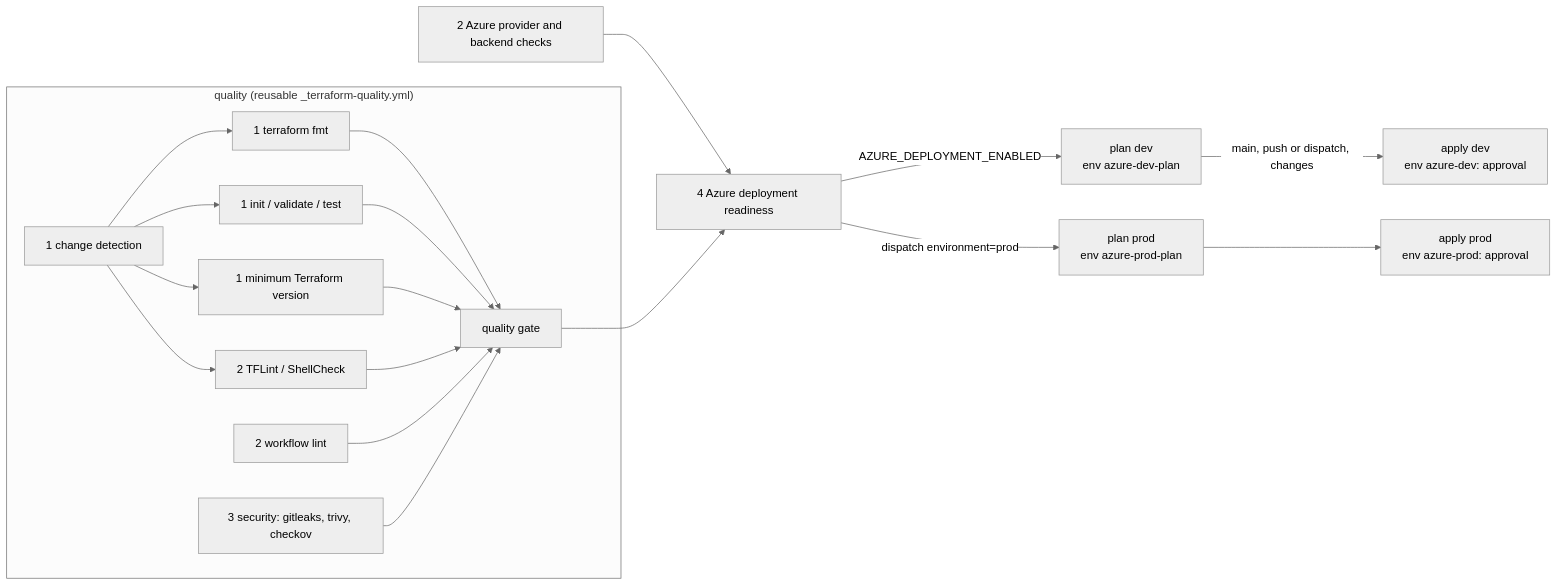
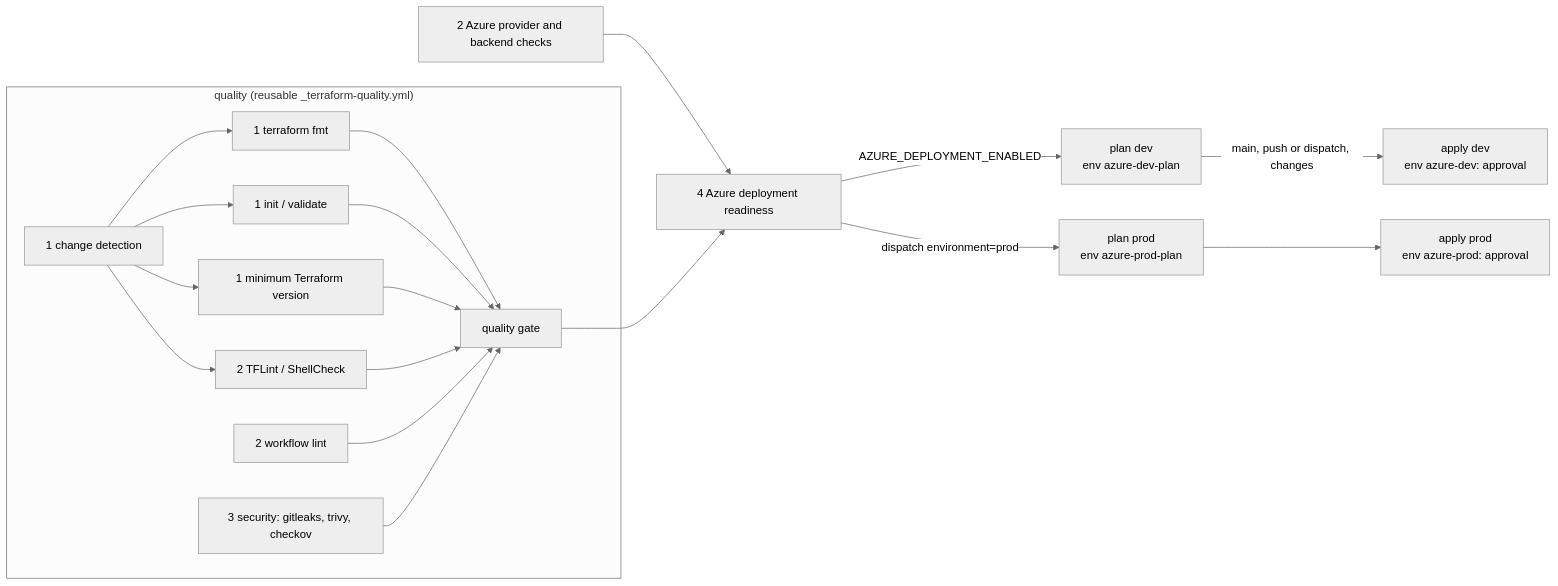
One commit to herculeihasa/generic-infra changed the diagram in az-infra-generic/docs/runbooks/06-cicd-operations.md. Above: the diagram before and after it, drawn with Mermaid (neutral theme). The commit also changed other lines of this file and 29 other files, not shown here.

````diff
--- a/az-infra-generic/docs/runbooks/06-cicd-operations.md
+++ b/az-infra-generic/docs/runbooks/06-cicd-operations.md
@@ -12,23 +12,23 @@
 ```mermaid
 flowchart LR
     subgraph Q["quality (reusable _terraform-quality.yml)"]
         CH["1 change detection"] --> FMT["1 terraform fmt"]
-        CH --> VAL["1 init / validate / test"]
+        CH --> VAL["1 init / validate"]
         CH --> CMP["1 minimum Terraform version"]
         CH --> LINT["2 TFLint / ShellCheck"]
         WF["2 workflow lint"]
         SEC["3 security: gitleaks, trivy, checkov"]
         FMT --> GATE["quality gate"]
         VAL --> GATE
         CMP --> GATE
         LINT --> GATE
         WF --> GATE
         SEC --> GATE
     end
     AZC["2 Azure provider and backend checks"] --> RDY
     GATE --> RDY["4 Azure deployment readiness"]
     RDY -->|"AZURE_DEPLOYMENT_ENABLED"| PD["plan dev<br/>env azure-dev-plan"]
     PD -->|"main, push or dispatch, changes"| AD["apply dev<br/>env azure-dev: approval"]
     RDY -->|"dispatch environment=prod"| PP["plan prod<br/>env azure-prod-plan"]
     PP --> AP["apply prod<br/>env azure-prod: approval"]
 ```
````
